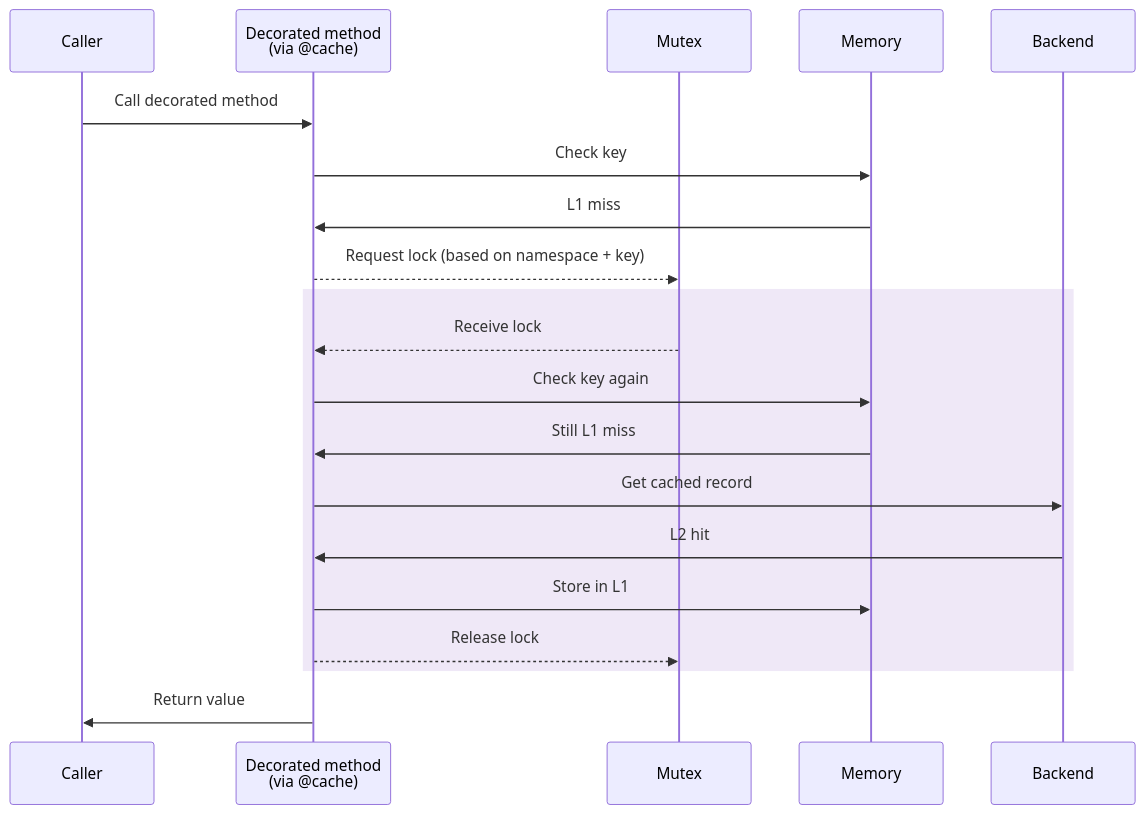
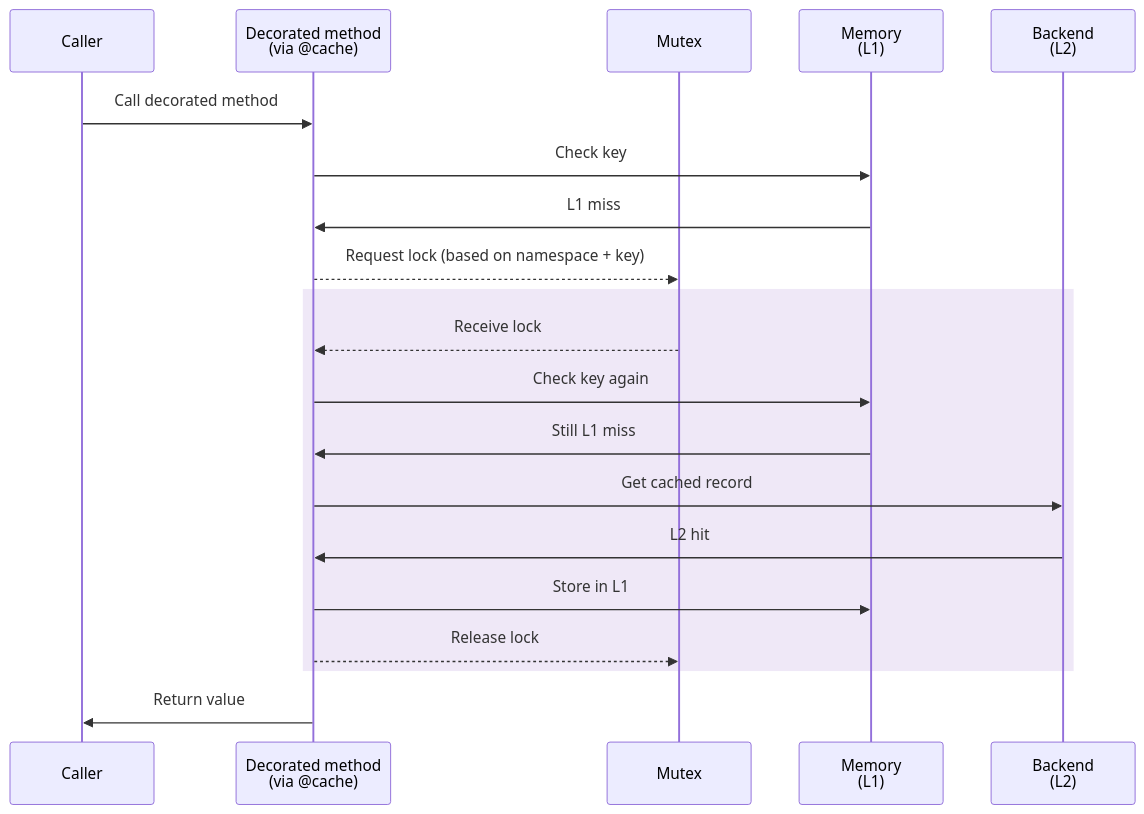
The second of 9 diagrams in lib/util/cache/package/readme.md (renovatebot/renovate), drawn with Mermaid before and after one commit. The commit also changed other lines of this file, not shown here.

````diff
--- a/lib/util/cache/package/readme.md
+++ b/lib/util/cache/package/readme.md
@@ -38,25 +38,25 @@
 ```mermaid
 sequenceDiagram
     participant C as Caller
     participant D as Decorated method <br/>(via @cache)
     participant X as Mutex
-    participant L1 as Memory
-    participant L2 as Backend
+    participant L1 as Memory <br/>(L1)
+    participant L2 as Backend <br/>(L2)
 
     C->>D: Call decorated method
     D->>L1: Check key
     L1->>D: L1 miss
 
     D-->>X: Request lock (based on namespace + key)
     rect rgba(150, 100, 200, 0.15)
         X-->>D: Receive lock
         D->>L1: Check key again
         L1->>D: Still L1 miss
 
         D->>L2: Get cached record
         L2->>D: L2 hit
         D->>L1: Store in L1
         D-->>X: Release lock
     end
     D->>C: Return value
 ```
````
